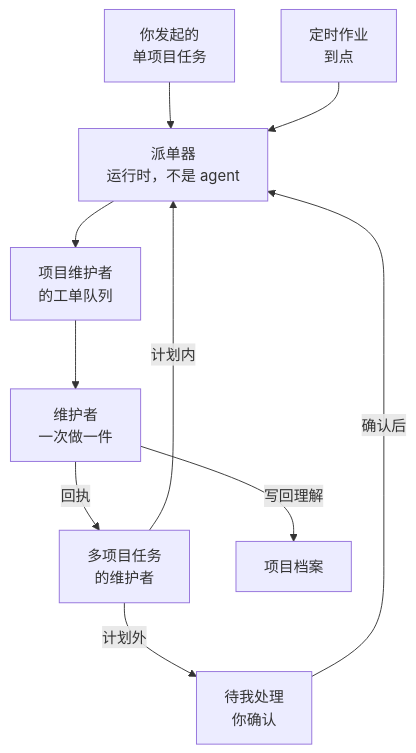
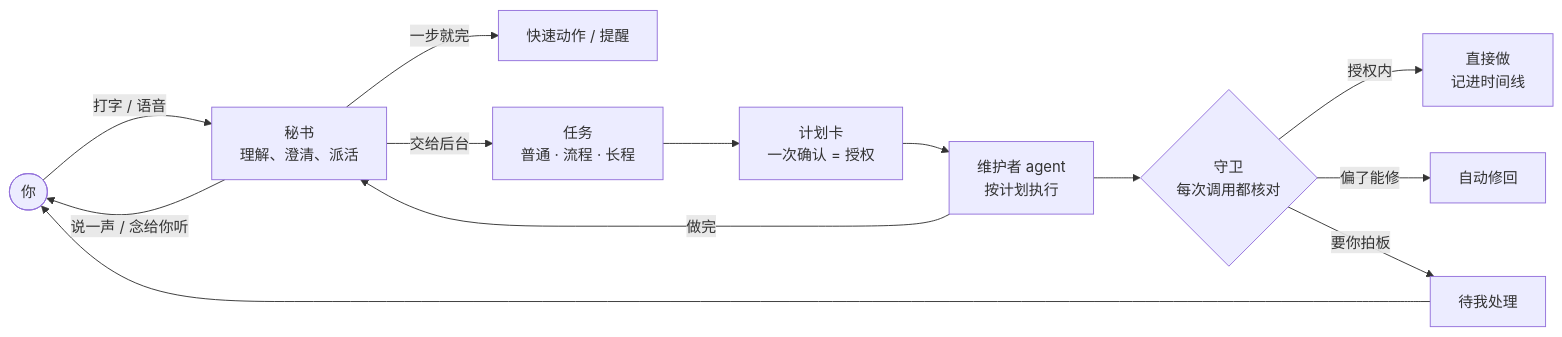
The first of 2 diagrams in README.md (catmaniii/ergo), drawn with Mermaid before and after one commit. The commit also changed other lines of this file and 14 other files, not shown here.

First line of the commit message:
docs: README 按 0.2.0 重写（第一期亮点：长程任务一次授权执行到底、时间线三层缩放、守卫、三种做法 × 三种触发、项目与维护者、语音、多端；和 OpenClaw 的对照；第二期规划），配经典、贴纸便当、像素小屋三套风格的截图；英文版同步

````diff
--- a/README.md
+++ b/README.md
@@ -241,21 +31,15 @@
 ```mermaid
-flowchart TB
-    U["你发起的<br/>单项目任务"]
-    T["多项目任务<br/>的维护者"]
-    S["定时作业<br/>到点"]
-    I["待我处理<br/>你确认"]
-    D["派单器<br/>运行时，不是 agent"]
-    Q["项目维护者<br/>的工单队列"]
-    M["维护者<br/>一次做一件"]
-    R["项目档案"]
-
-    U --> D
-    T -->|"计划内"| D
-    T -->|"计划外"| I
-    I -->|"确认后"| D
-    S --> D
-    D --> Q
-    Q --> M
-    M -->|"回执"| T
-    M -->|"写回理解"| R
+flowchart LR
+    U(["你"]) -->|"打字 / 语音"| SEC["秘书<br/>理解、澄清、派活"]
+    SEC -->|"一步就完"| QA["快速动作 / 提醒"]
+    SEC -->|"交给后台"| T["任务<br/>普通 · 流程 · 长程"]
+    T --> PLAN["计划卡<br/>一次确认 = 授权"]
+    PLAN --> M["维护者 agent<br/>按计划执行"]
+    M --> G{"守卫<br/>每次调用都核对"}
+    G -->|"授权内"| GO["直接做<br/>记进时间线"]
+    G -->|"偏了能修"| FIX["自动修回"]
+    G -->|"要你拍板"| INBOX["待我处理"]
+    INBOX --> U
+    M -->|"做完"| SEC
+    SEC -->|"说一声 / 念给你听"| U
 ```
````
